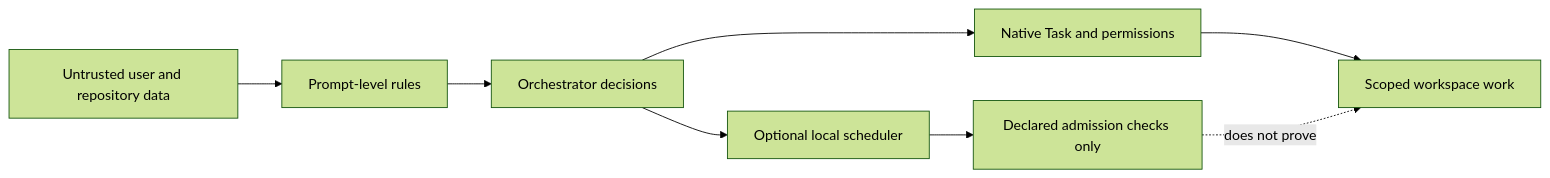
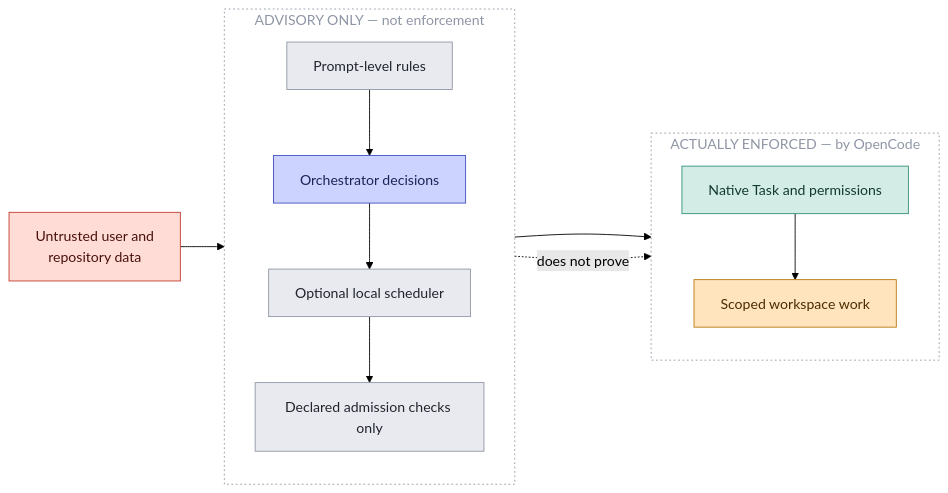
One commit to sean35mm/naru-opencode changed the diagram in docs/src/content/docs/reference/limitations.md. Above: the diagram before and after it, drawn with Mermaid (forest theme). The commit also changed other lines of this file and 18 other files, not shown here.

First line of the commit message:
docs: redesign documentation site and diagrams

````diff
--- a/docs/src/content/docs/reference/limitations.md
+++ b/docs/src/content/docs/reference/limitations.md
@@ -8,10 +8,33 @@
 ```mermaid
 flowchart LR
-  U[Untrusted user and repository data] --> P[Prompt-level rules]
-  P --> O[Orchestrator decisions]
-  O --> N[Native Task and permissions]
-  O --> S[Optional local scheduler]
-  S --> L[Declared admission checks only]
-  N --> W[Scoped workspace work]
-  L -. does not prove .-> W
+  U["Untrusted user and<br/>repository data"]:::danger
+
+  subgraph advisory["ADVISORY ONLY — not enforcement"]
+    direction TB
+    P["Prompt-level rules"]:::gate
+    O["Orchestrator decisions"]:::coord
+    S["Optional local scheduler"]:::gate
+    L["Declared admission checks only"]:::gate
+  end
+
+  subgraph enforced["ACTUALLY ENFORCED — by OpenCode"]
+    direction TB
+    N["Native Task and permissions"]:::read
+    W["Scoped workspace work"]:::write
+  end
+
+  U --> P --> O
+  O --> N
+  O --> S --> L
+  N --> W
+  L -. "does not prove" .-> W
+
+  style advisory fill:none,stroke:#8f96a5,stroke-dasharray:2 3,color:#8f96a5
+  style enforced fill:none,stroke:#8f96a5,stroke-dasharray:2 3,color:#8f96a5
+
+  classDef coord fill:#ccd3ff,stroke:#3f4fbe,color:#1b2456
+  classDef read fill:#d3ece5,stroke:#2f8f78,color:#123a31
+  classDef write fill:#ffe4bd,stroke:#b8760f,color:#4a2c00
+  classDef gate fill:#e8eaf0,stroke:#8f96a5,color:#22252e
+  classDef danger fill:#ffdcd6,stroke:#c0392b,color:#4a120c
 ```
````
